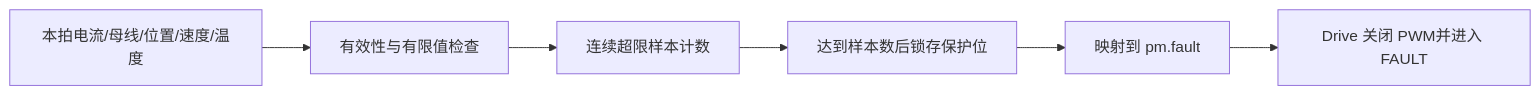
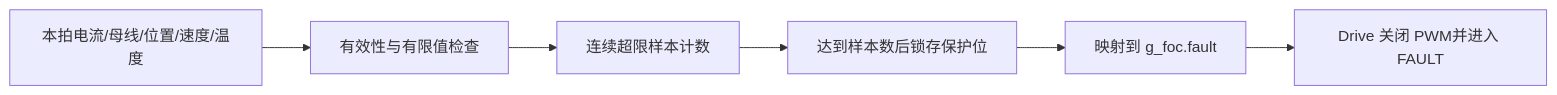
One commit to HHHyuan111/AxDr_L changed the eighth of 8 diagrams in 文档/架构重构/08_完整代码框架状态机与算法详解.md. Above: the diagram before and after it, drawn with Mermaid. The commit also changed other lines of this file and 56 other files, not shown here.

````diff
--- a/文档/架构重构/08_完整代码框架状态机与算法详解.md
+++ b/文档/架构重构/08_完整代码框架状态机与算法详解.md
@@ -882,8 +883,8 @@
 ```mermaid
 flowchart LR
     SAMPLE[本拍电流/母线/位置/速度/温度] --> VALID[有效性与有限值检查]
     VALID --> COUNT[连续超限样本计数]
     COUNT --> LATCH[达到样本数后锁存保护位]
-    LATCH --> MAP[映射到 pm.fault]
+    LATCH --> MAP[映射到 g_foc.fault]
     MAP --> DRIVE[Drive 关闭 PWM并进入 FAULT]
 ```
````
